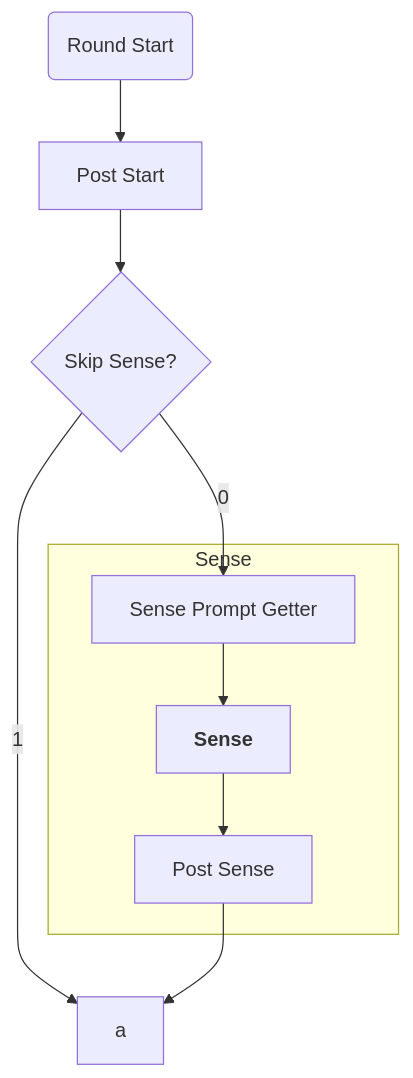
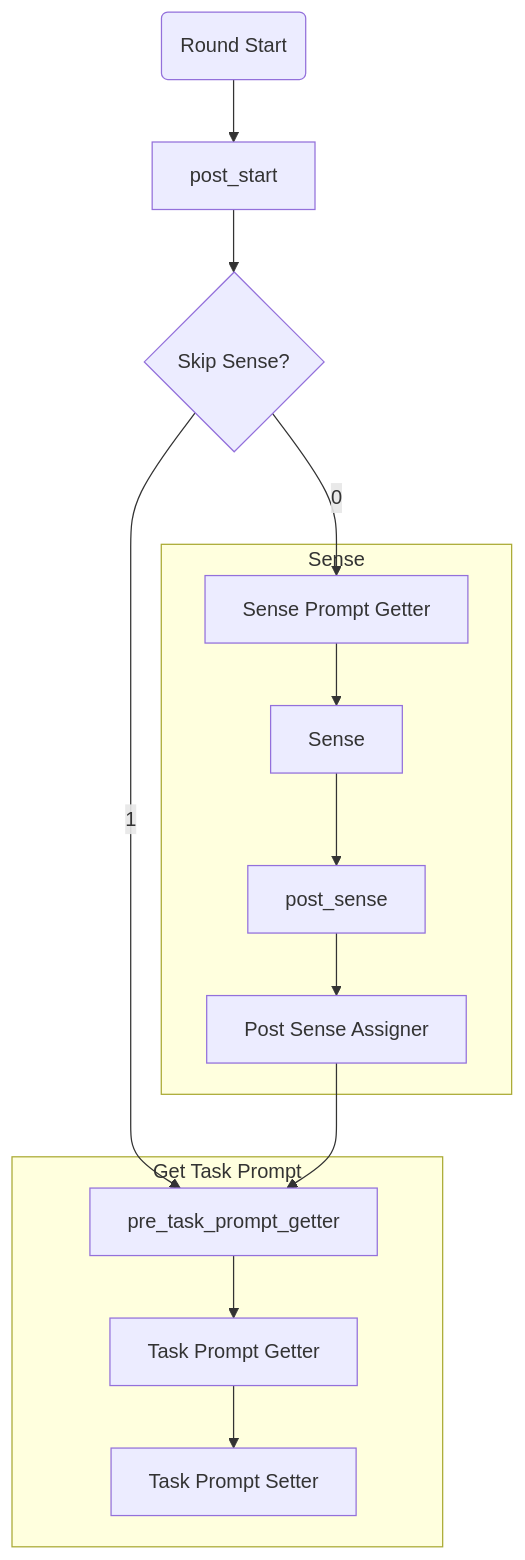
The diagram in docs/kaye_chat_doc.md (kami-lel/kaye-engine), drawn with Mermaid before and after one commit.

Commit message:
~ refactor Mermaid flow: rename nodes, add Prompt Getter + assign steps
~`kaye_chat_doc.md`

````diff
--- a/docs/kaye_chat_doc.md
+++ b/docs/kaye_chat_doc.md
@@ -4,14 +4,20 @@
 ```mermaid
 flowchart TD
     start(Round Start) --> pre_start
-    pre_start[Post Start] --> skip
-    skip{Skip Sense?} --1--> a
+    pre_start[post_start] --> skip
+    skip{Skip Sense?} --1--> ptpg
     skip --0--> sg
 
     subgraph Sense
     sg[Sense Prompt Getter] --> sense
-    sense["`**Sense**`"] --> post_sense
+    sense[Sense] --> ps
+    ps[post_sense] --> psa
     end
+    psa[Post Sense Assigner] --> ptpg
 
-    post_sense[Post Sense] --> a
+    subgraph Get Task Prompt
+    ptpg[pre_task_prompt_getter] --> tpg
+    tpg[Task Prompt Getter] --> tps
+    tps[Task Prompt Setter]
+    end
 ```
````
